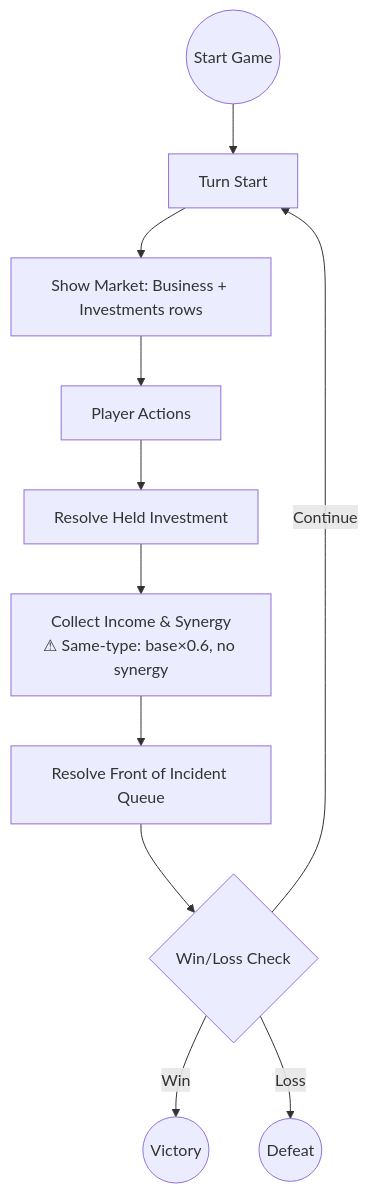
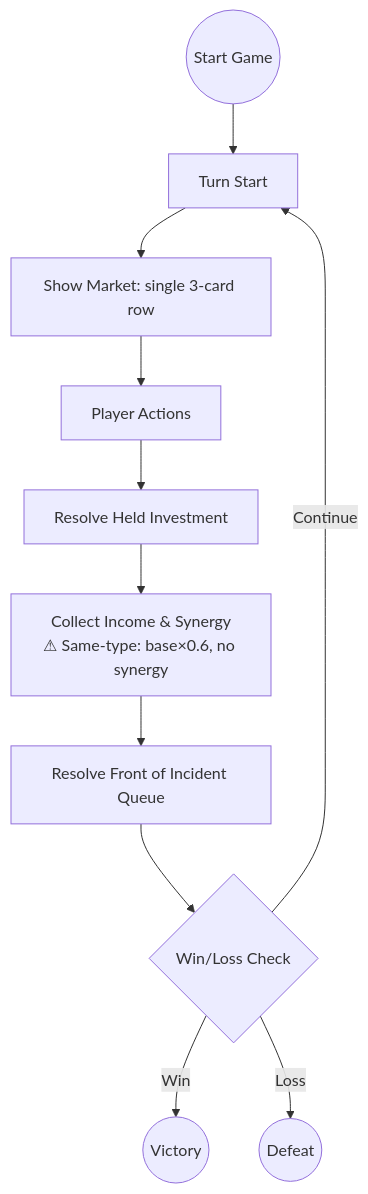
One commit to TheWizardsCode/Tableau-Card-Engine changed the second of 2 diagrams in docs/main-street/core-rules-and-mechanics.md. Above: the diagram before and after it, drawn with Mermaid. The commit also changed other lines of this file and 98 other files, not shown here.

````diff
--- a/docs/main-street/core-rules-and-mechanics.md
+++ b/docs/main-street/core-rules-and-mechanics.md
@@ -266,14 +265,14 @@
 ```mermaid
 flowchart TD
     Start((Start Game)) --> TurnStart[Turn Start]
-    TurnStart --> Market[Show Market: Business + Investments rows]
+    TurnStart --> Market[Show Market: single 3-card row]
     Market --> Actions[Player Actions]
     Actions --> ResolveInvestment[Resolve Held Investment]
     ResolveInvestment --> Income[Collect Income & Synergy]
     Income[Collect Income & Synergy
 ⚠ Same-type: base×0.6, no synergy] --> Incident[Resolve Front of Incident Queue]
     Incident --> EndCheck{Win/Loss Check}
     EndCheck -->|Win| EndWin((Victory))
     EndCheck -->|Loss| EndLoss((Defeat))
     EndCheck -->|Continue| TurnStart
 ```
````
